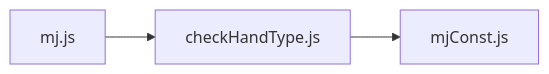
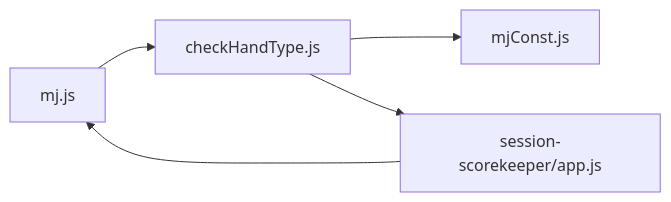
The seventh of 7 diagrams in .qoder/repowiki/en/content/Scoring System Reference/Scoring Algorithm and Exclusion Rules.md (stc05168/ov-mj-calculator), drawn with Mermaid before and after one commit. The commit also changed other lines of this file and 69 other files, not shown here.

````diff
--- a/.qoder/repowiki/en/content/Scoring System Reference/Scoring Algorithm and Exclusion Rules.md
+++ b/.qoder/repowiki/en/content/Scoring System Reference/Scoring Algorithm and Exclusion Rules.md
@@ -224,5 +304,7 @@
 ```mermaid
 graph LR
 MJJS["mj.js"] --> CHK["checkHandType.js"]
 CHK --> CONST["mjConst.js"]
+CHK --> PAY["session-scorekeeper/app.js"]
+PAY --> MJJS
 ```
````
